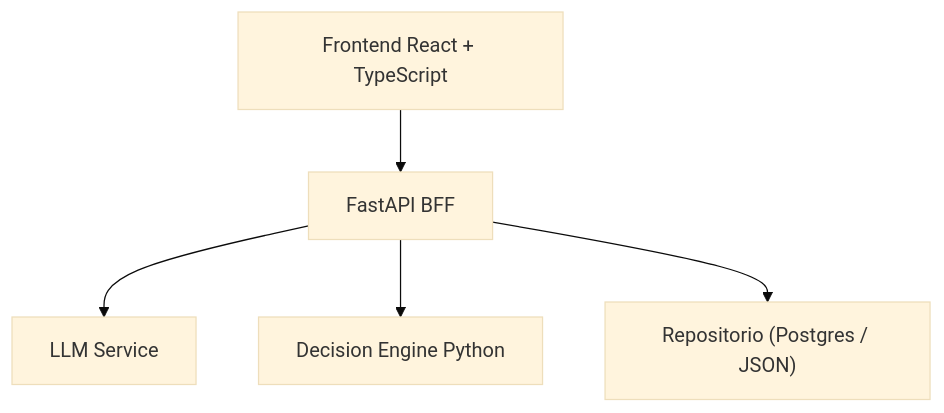
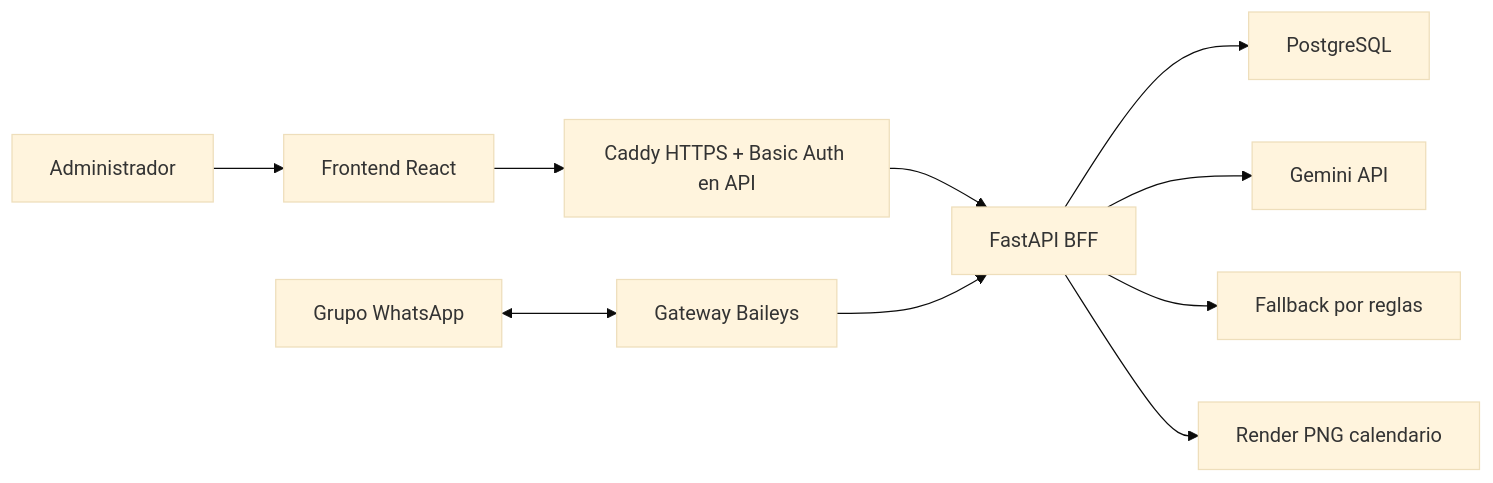
Before and after one commit to MatiasHernandezC/CoordAgent: the diagram in coordinador-simple-mvp/README.md, drawn with Mermaid (base theme). The commit also changed other lines of this file and 81 other files, not shown here.

Commit message:
Version 2: integrar administracion LLM y endurecer coordinacion WhatsApp

````diff
--- a/coordinador-simple-mvp/README.md
+++ b/coordinador-simple-mvp/README.md
@@ -16,7 +50,13 @@
 ```mermaid
-flowchart TD
-  A["Frontend React + TypeScript"] --> B["FastAPI BFF"]
-  B --> C["LLM Service"]
-  B --> D["Decision Engine Python"]
-  B --> E["Repositorio (Postgres / JSON)"]
+flowchart LR
+  Admin["Administrador"] --> UI["Frontend React"]
+  UI --> Edge["Caddy HTTPS + Basic Auth en API"]
+  Edge --> API["FastAPI BFF"]
+  API --> DB["PostgreSQL"]
+  API --> Gemini["Gemini API"]
+  API --> Rules["Fallback por reglas"]
+  API --> Img["Render PNG calendario"]
+
+  Group["Grupo WhatsApp"] <--> Gateway["Gateway Baileys"]
+  Gateway --> API
 ```
````
